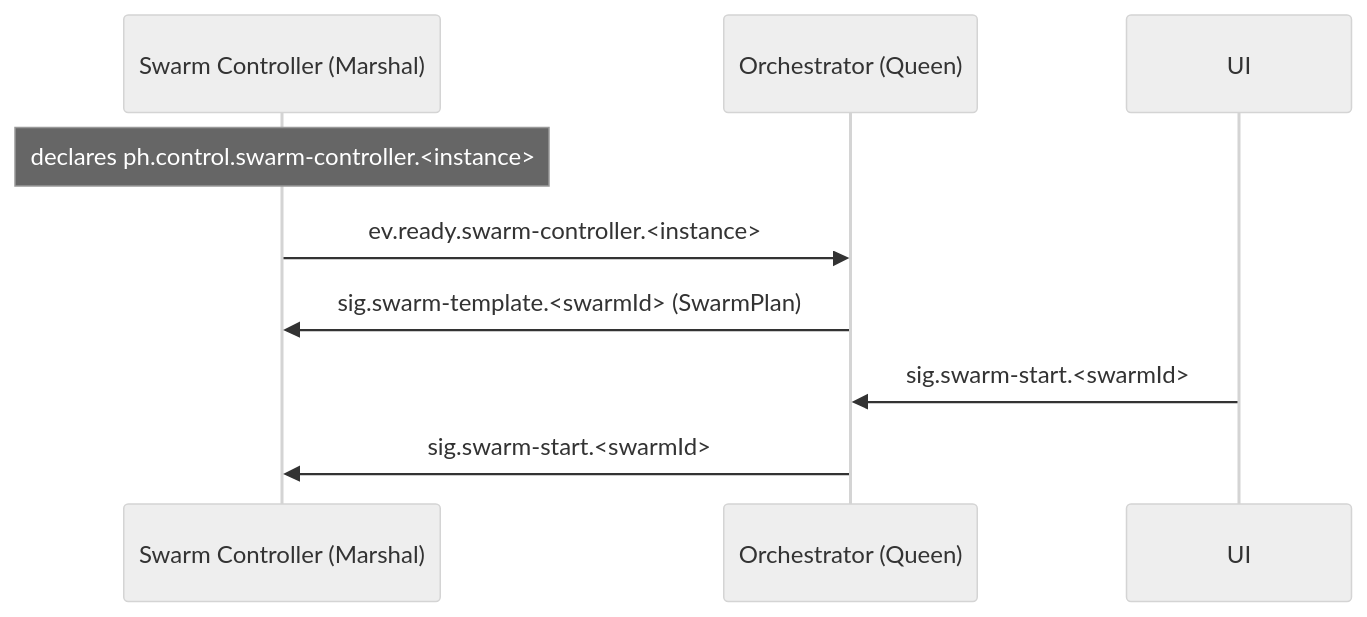
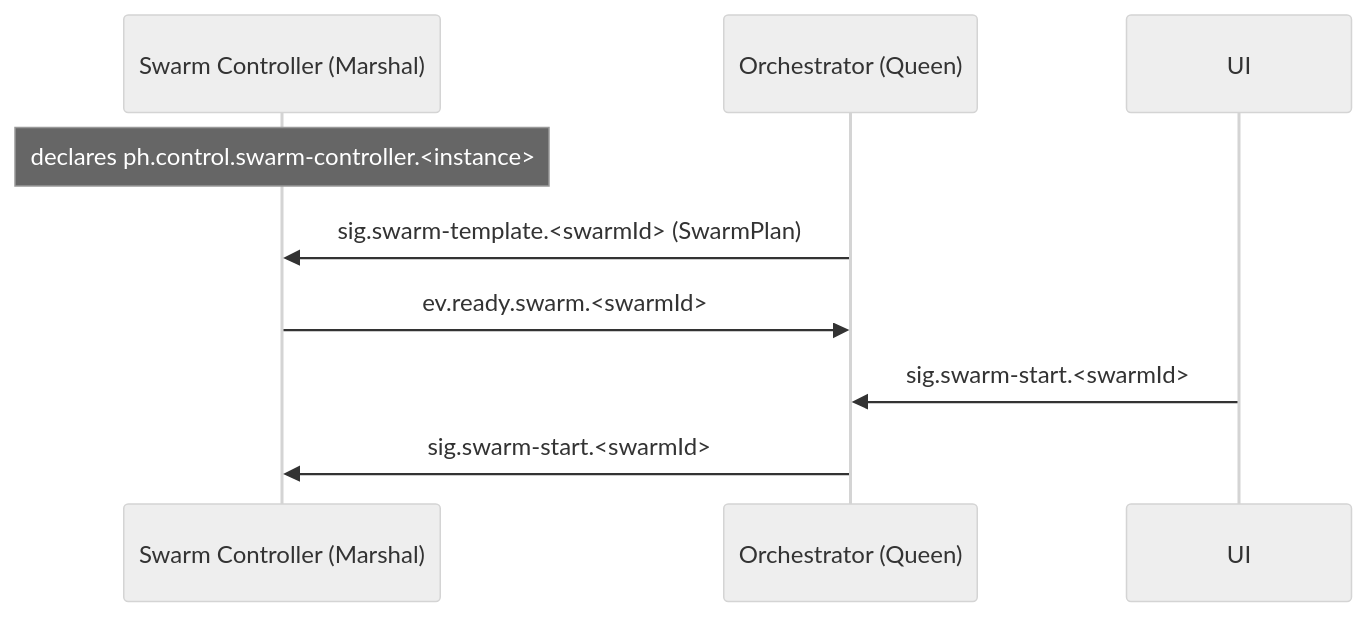
Before and after one commit to sepa79/PocketHive: the sixth of 8 diagrams in docs/ARCHITECTURE.md, drawn with Mermaid (neutral theme). The commit also changed other lines of this file and 4 other files, not shown here.

````diff
--- a/docs/ARCHITECTURE.md
+++ b/docs/ARCHITECTURE.md
@@ -132,12 +134,12 @@
 ```mermaid
 sequenceDiagram
   participant MSH as Swarm Controller (Marshal)
   participant QN as Orchestrator (Queen)
 
   Note over MSH: declares ph.control.swarm-controller.<instance>
-  MSH->>QN: ev.ready.swarm-controller.<instance>
   QN->>MSH: sig.swarm-template.<swarmId> (SwarmPlan)
+  MSH->>QN: ev.ready.swarm.<swarmId>
   UI->>QN: sig.swarm-start.<swarmId>
   QN->>MSH: sig.swarm-start.<swarmId>
 
 ```
````
